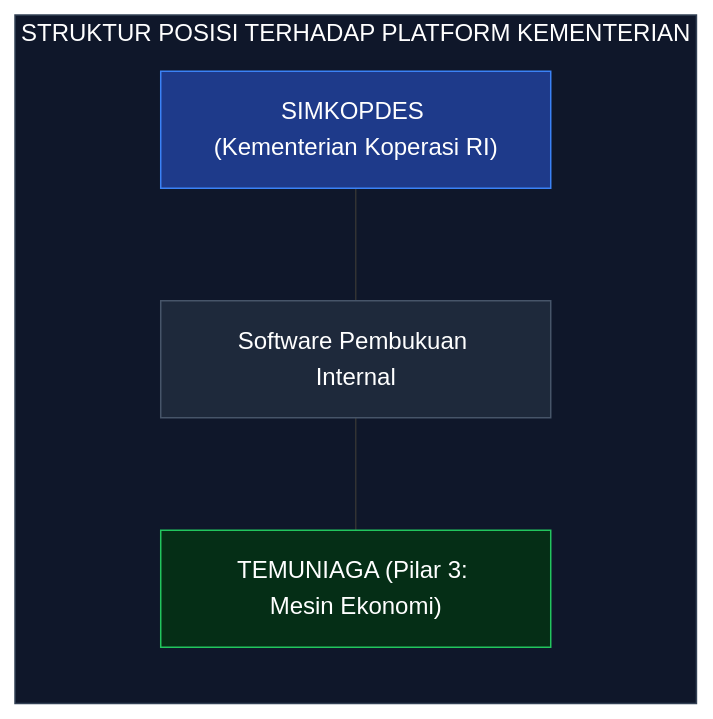
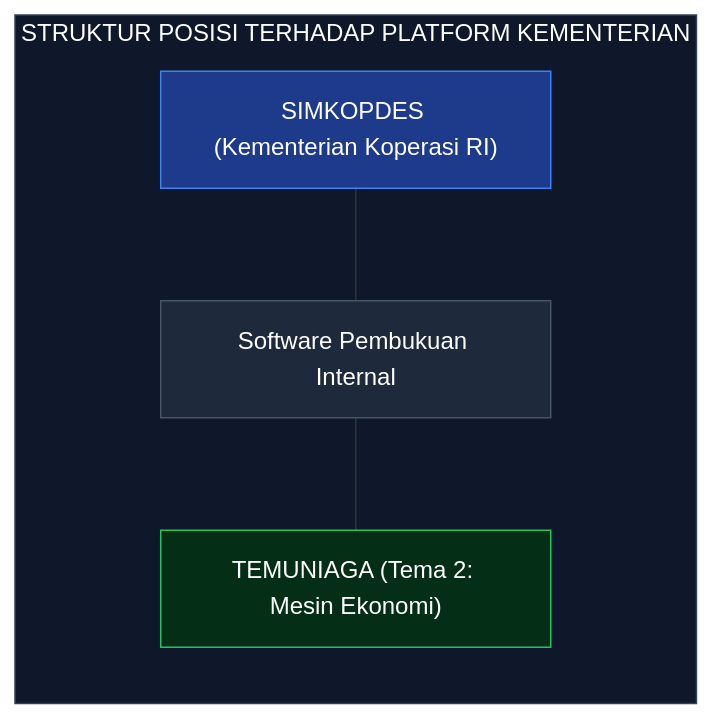
Before and after one commit to aniceswan/TemuNiaga: the seventh of 7 diagrams in README.md, drawn with Mermaid. The commit also changed other lines of this file and 8 other files, not shown here.

````diff
--- a/README.md
+++ b/README.md
@@ -478,15 +479,15 @@
 ```mermaid
 flowchart TB
     subgraph POSISI ["STRUKTUR POSISI TERHADAP PLATFORM KEMENTERIAN"]
         direction TB
         SIMKOPDES["SIMKOPDES (Kementerian Koperasi RI)"]
         VENDOR["Software Pembukuan Internal"]
-        TEMUNIAGA["TEMUNIAGA (Pilar 3: Mesin Ekonomi)"]
+        TEMUNIAGA["TEMUNIAGA (Tema 2: Mesin Ekonomi)"]
         
         SIMKOPDES --- VENDOR --- TEMUNIAGA
     end
     style POSISI fill:#0f172a,stroke:#334155,color:#ffffff
     style SIMKOPDES fill:#1e3a8a,stroke:#3b82f6,color:#ffffff
     style VENDOR fill:#1e293b,stroke:#475569,color:#ffffff
     style TEMUNIAGA fill:#052e16,stroke:#22c55e,color:#ffffff
 ```
````
